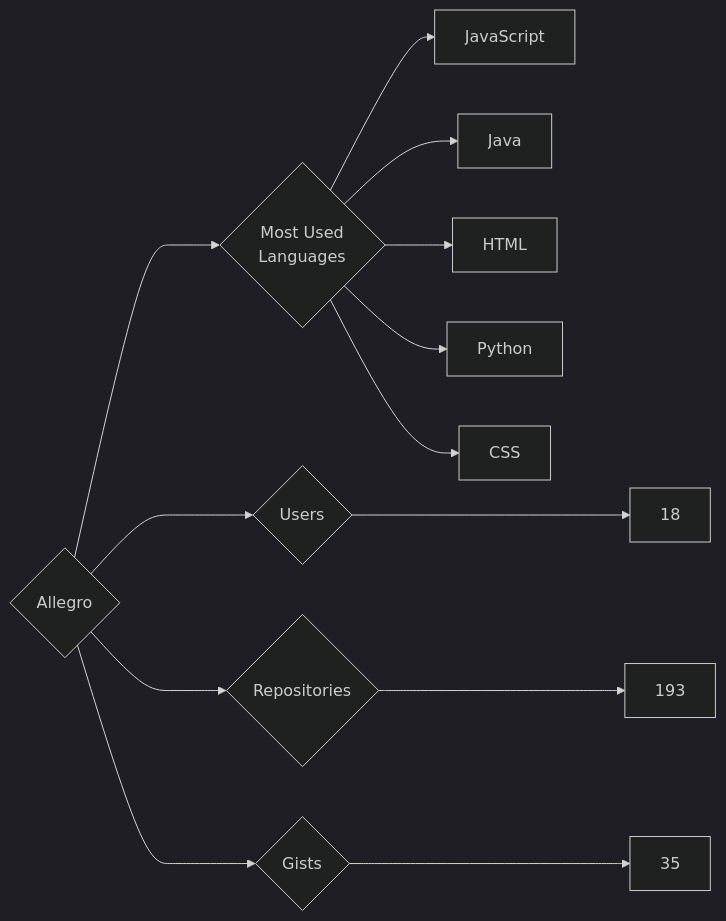
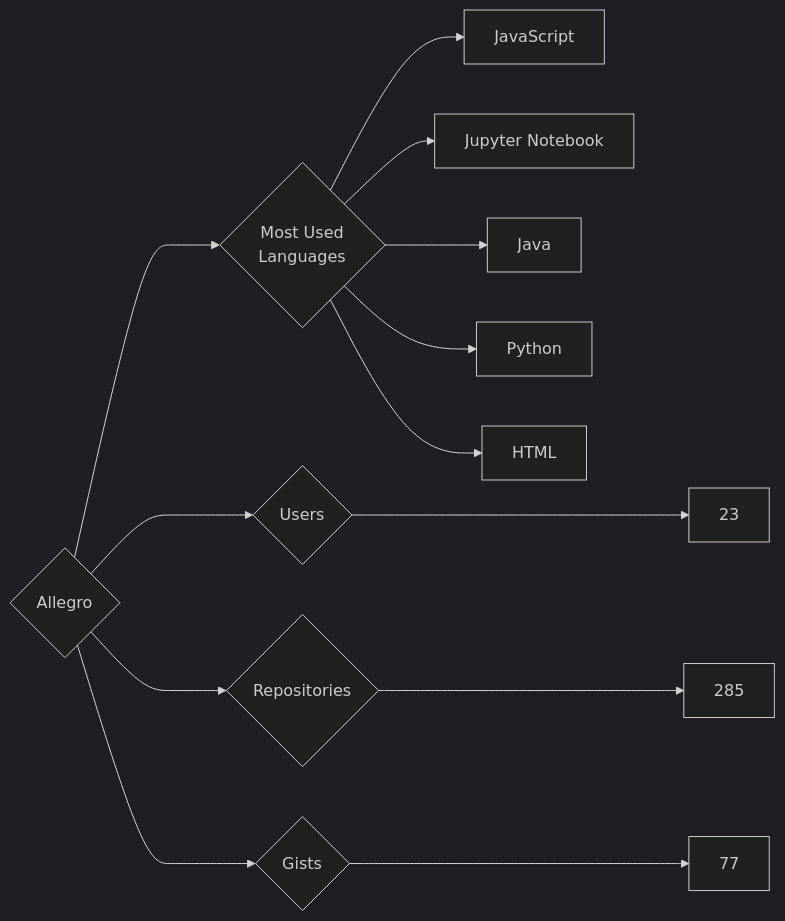
Before and after one commit to trickest/insiders: the diagram in targets/Allegro/README.md, drawn with Mermaid (dark theme). The commit also changed 777 other files, not shown here.

````diff
--- a/targets/Allegro/README.md
+++ b/targets/Allegro/README.md
@@ -3,13 +3,13 @@
 ```mermaid
 graph LR
 COMPANY_NAME{Allegro}
-COMPANY_NAME ---> U{Users} ---> UN[18]
-COMPANY_NAME ---> R{Repositories} ---> RN[193]
-COMPANY_NAME ---> G{Gists} ---> GN[35]
+COMPANY_NAME ---> U{Users} ---> UN[23]
+COMPANY_NAME ---> R{Repositories} ---> RN[285]
+COMPANY_NAME ---> G{Gists} ---> GN[77]
 COMPANY_NAME ---> ML{Most Used<br>Languages}
 ML --> JavaScript[JavaScript]
+ML --> Jupyter_Notebook[Jupyter Notebook]
 ML --> Java[Java]
+ML --> Python[Python]
 ML --> HTML[HTML]
-ML --> Python[Python]
-ML --> CSS[CSS]
 ```
````
